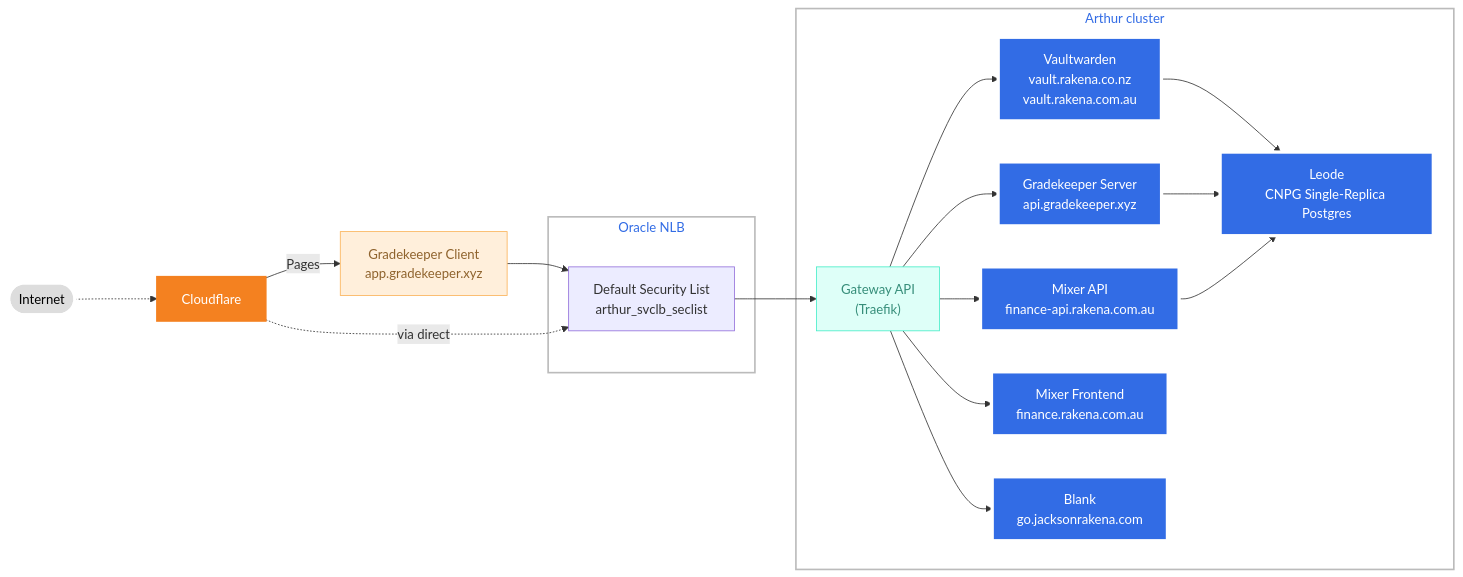
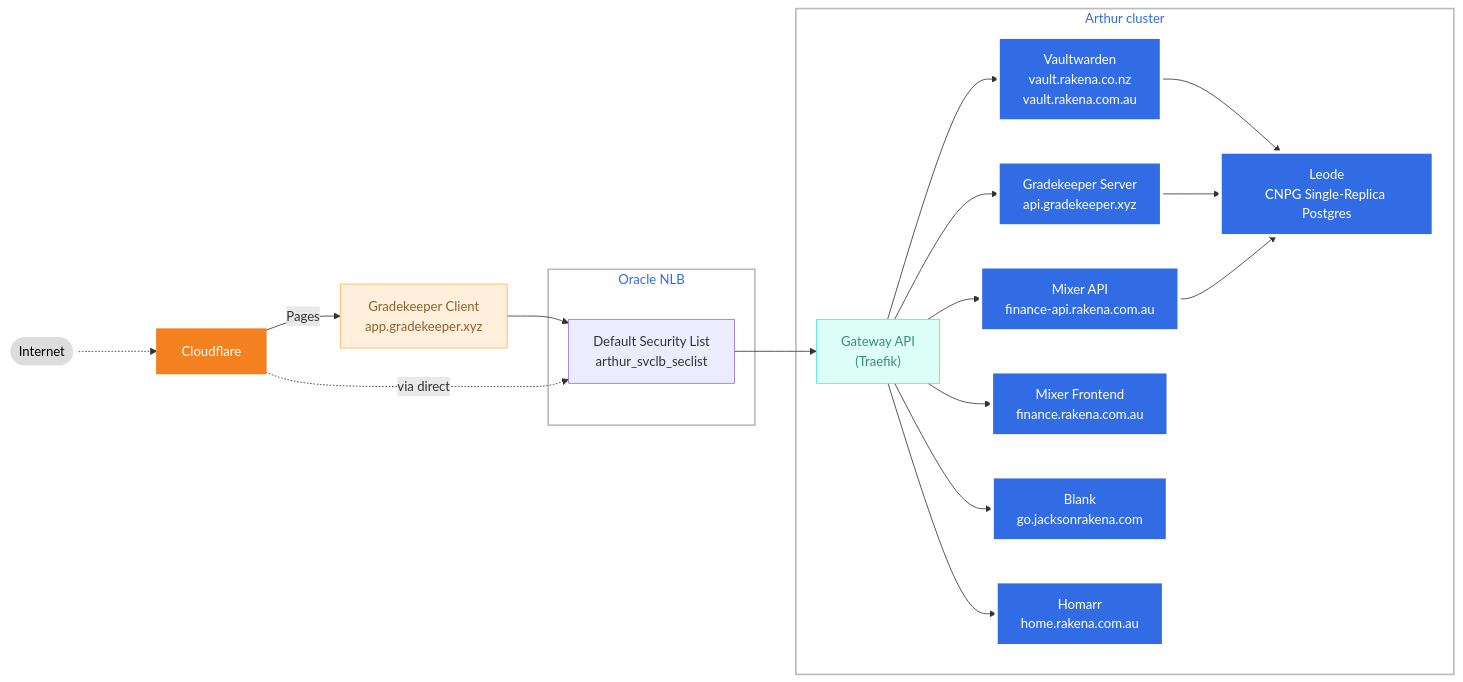
One commit to jacksonrakena/infrastructure changed the diagram in README.md. Above: the diagram before and after it, drawn with Mermaid. The commit also changed other lines of this file and 4 other files, not shown here.

````diff
--- a/README.md
+++ b/README.md
@@ -3,45 +3,47 @@
 ```mermaid
 flowchart LR
  subgraph cf_tls["Oracle NLB"]
         vsec["Default Security List<br>arthur_svclb_seclist"]
   end
 
  subgraph cluster["Arthur cluster"]
       pg["Leode<br>CNPG Single-Replica Postgres"]
         ingress["Gateway API<br>(Traefik)"]
         vw["Vaultwarden<br>vault.rakena.co.nz<br>vault.rakena.com.au"]
         gk["Gradekeeper Server<br>api.gradekeeper.xyz"]
         mx["Mixer API<br>finance-api.rakena.com.au"]
         mxf["Mixer Frontend<br>finance.rakena.com.au"]
         bl["Blank<br>go.jacksonrakena.com"]
+        hm["Homarr<br>home.rakena.com.au"]
   end
     client(["Internet"]) -..-> cf["Cloudflare"]
     gk_frontend["Gradekeeper Client<br>app.gradekeeper.xyz"] --> vsec
     cf -. via direct ..-> vsec
     vsec --> ingress
-    ingress --> gk & vw & mx & mxf & bl
+    ingress --> gk & vw & mx & mxf & bl & hm
     vw --> pg
     gk --> pg
     mx --> pg
     cf -- Pages --> gk_frontend
      vw:::k8s
      pg:::k8s
      ingress:::Aqua
      gk:::k8s
      mx:::k8s
      mxf:::k8s
      bl:::k8s
+     hm:::k8s
      client:::plain
      cf:::cloudflare
      cluster:::cluster
      gk_frontend:::Peach
     classDef plain fill:#ddd,stroke:#fff,stroke-width:4px,color:#000
     classDef k8s fill:#326ce5,stroke:#fff,stroke-width:4px,color:#fff
     classDef cluster fill:#fff,stroke:#bbb,stroke-width:2px,color:#326ce5
     classDef cloudflare fill:#F48120,stroke:#F48120,stroke-width:2px,color:white
     classDef Class_01 fill:#000000, color:#fff, stroke:#000000
     classDef Sky stroke-width:1px, stroke-dasharray:none, stroke:#374D7C, fill:#E2EBFF, color:#374D7C
     classDef Peach stroke-width:1px, stroke-dasharray:none, stroke:#FBB35A, fill:#FFEFDB, color:#8F632D
     classDef Aqua stroke-width:1px, stroke-dasharray:none, stroke:#46EDC8, fill:#DEFFF8, color:#378E7A
     classDef Rose stroke-width:1px, stroke-dasharray:none, stroke:#FF5978, fill:#FFDFE5, color:#8E2236
 ```
````
